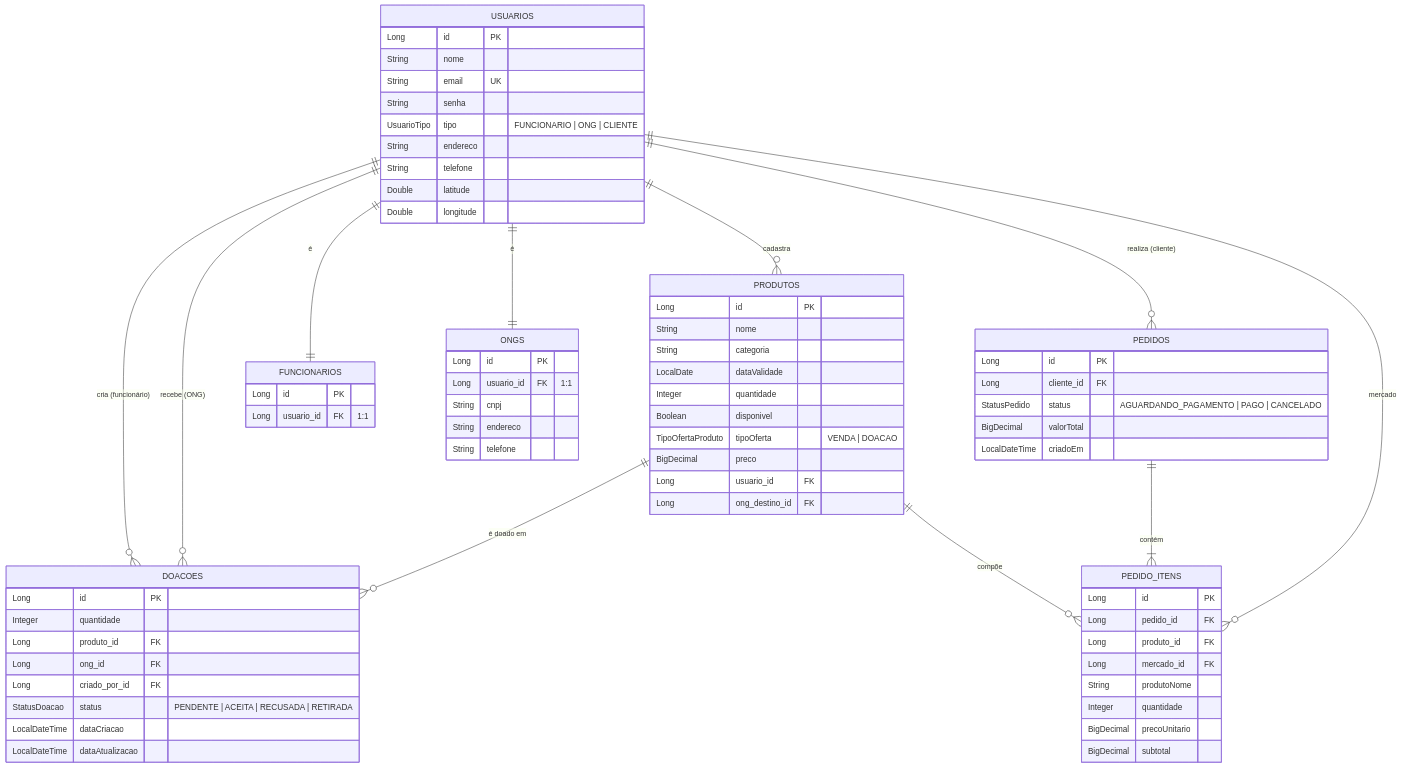
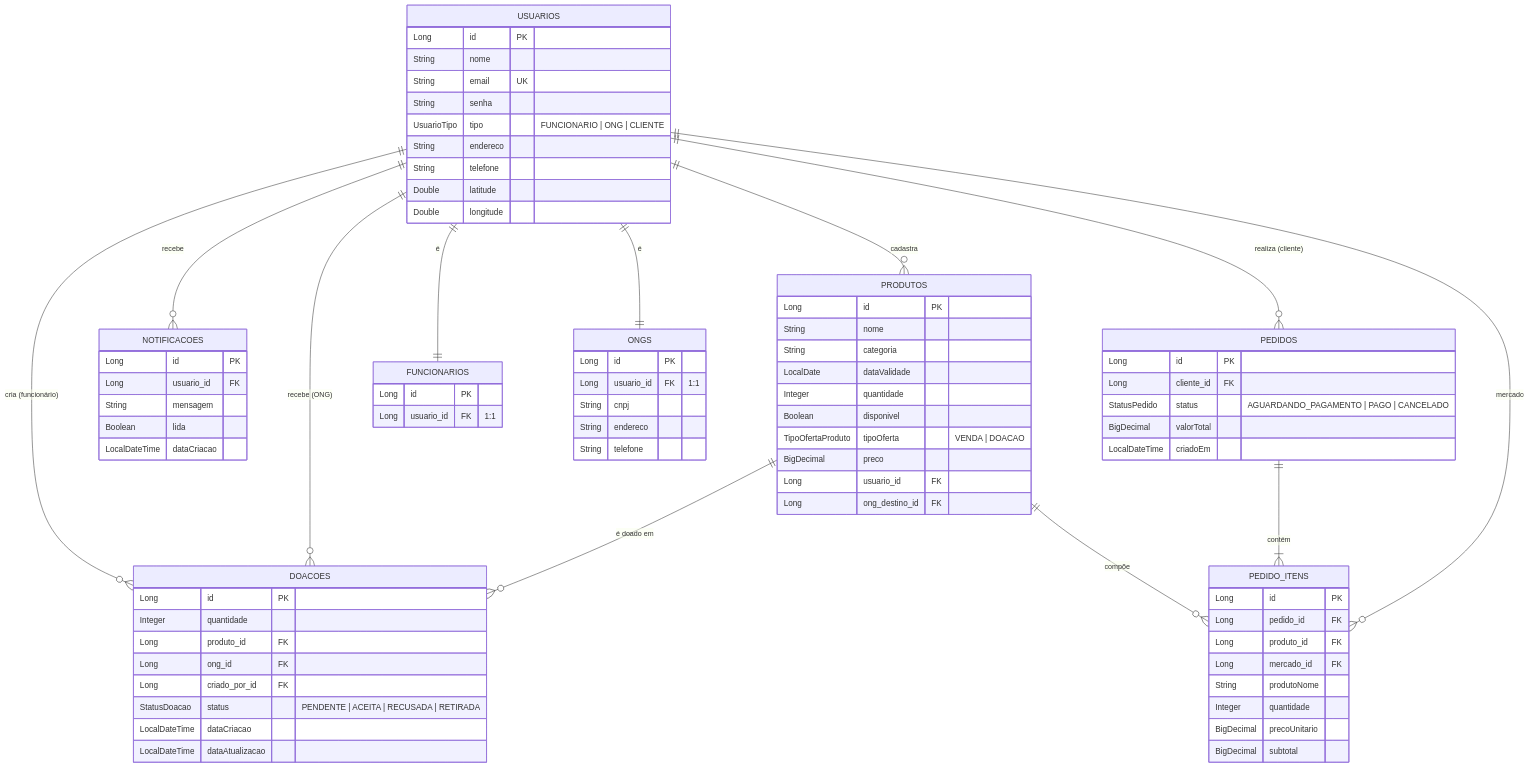
Before and after one commit to mariacatmiau/Lab_Eng_Software: the second of 6 diagrams in README.md, drawn with Mermaid. The commit also changed other lines of this file and 14 other files, not shown here.

```diff
--- a/README.md
+++ b/README.md
@@ -190,6 +186,14 @@
         LocalDateTime dataAtualizacao
     }
 
+    NOTIFICACOES {
+        Long id PK
+        Long usuario_id FK
+        String mensagem
+        Boolean lida
+        LocalDateTime dataCriacao
+    }
+
     PEDIDOS {
         Long id PK
         Long cliente_id FK
@@ -222,6 +226,7 @@
         String telefone
     }
 
+    USUARIOS ||--o{ NOTIFICACOES : "recebe"
     USUARIOS ||--o{ PRODUTOS : "cadastra"
     USUARIOS ||--o{ DOACOES : "cria (funcionário)"
     USUARIOS ||--o{ DOACOES : "recebe (ONG)"
```
